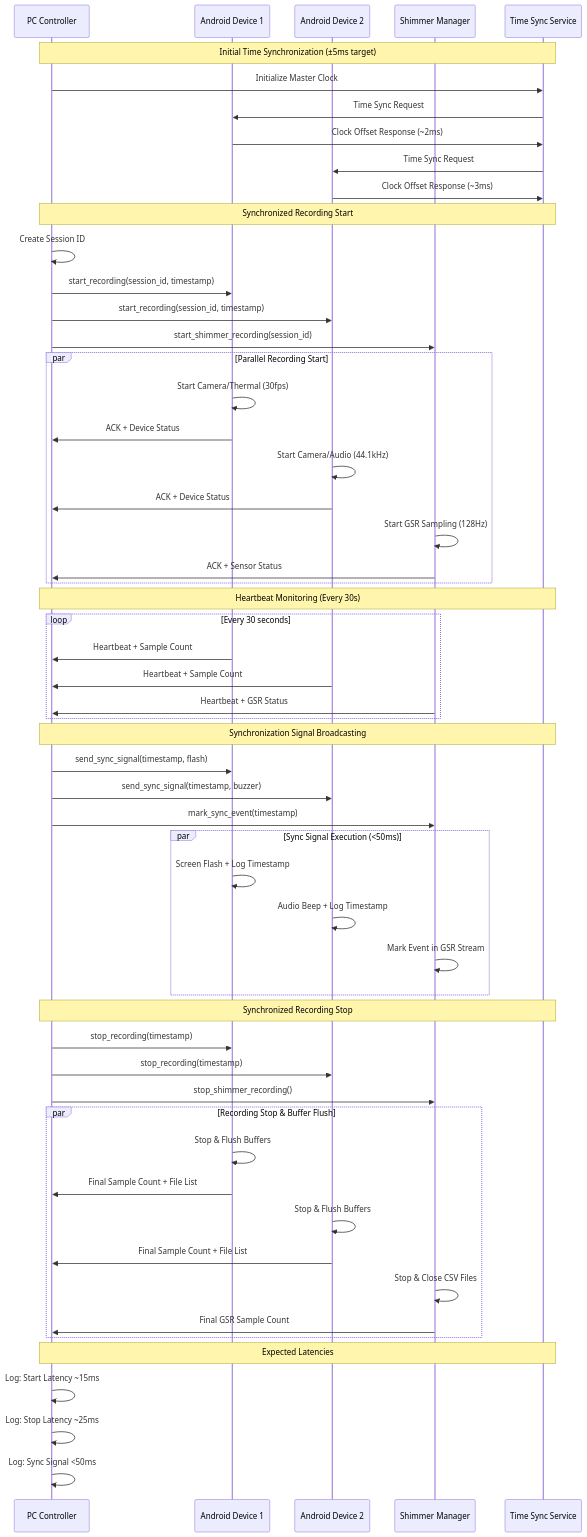
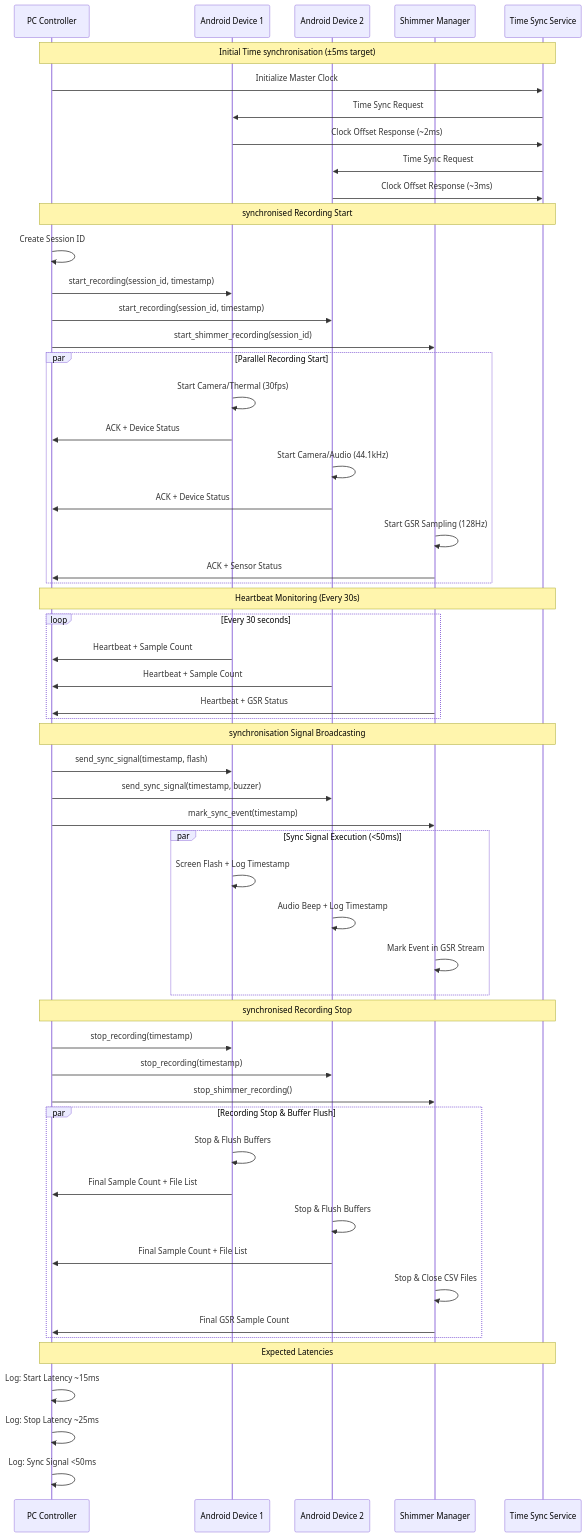
Before and after one commit to buccancs/fyp-multi-sensor-recording-system: the fourth of 19 diagrams in docs/diagrams/chapter3_diagrams.md, drawn with Mermaid. The commit also changed other lines of this file and 18 other files, not shown here.

````diff
--- a/docs/diagrams/chapter3_diagrams.md
+++ b/docs/diagrams/chapter3_diagrams.md
@@ -149,67 +149,67 @@
 ```mermaid
 sequenceDiagram
     participant PC as PC Controller
     participant A1 as Android Device 1
     participant A2 as Android Device 2
     participant SM as Shimmer Manager
     participant TS as Time Sync Service
 
-    Note over PC,TS: Initial Time Synchronization (±5ms target)
+    Note over PC,TS: Initial Time synchronisation (±5ms target)
     PC->>TS: Initialize Master Clock
     TS->>A1: Time Sync Request
     A1->>TS: Clock Offset Response (~2ms)
     TS->>A2: Time Sync Request  
     A2->>TS: Clock Offset Response (~3ms)
     
-    Note over PC,TS: Synchronized Recording Start
+    Note over PC,TS: synchronised Recording Start
     PC->>PC: Create Session ID
     PC->>A1: start_recording(session_id, timestamp)
     PC->>A2: start_recording(session_id, timestamp)
     PC->>SM: start_shimmer_recording(session_id)
     
     par Parallel Recording Start
         A1->>A1: Start Camera/Thermal (30fps)
         A1->>PC: ACK + Device Status
         A2->>A2: Start Camera/Audio (44.1kHz)
         A2->>PC: ACK + Device Status
         SM->>SM: Start GSR Sampling (128Hz)
         SM->>PC: ACK + Sensor Status
     end
     
     Note over PC,TS: Heartbeat Monitoring (Every 30s)
     loop Every 30 seconds
         A1->>PC: Heartbeat + Sample Count
         A2->>PC: Heartbeat + Sample Count
         SM->>PC: Heartbeat + GSR Status
     end
     
-    Note over PC,TS: Synchronization Signal Broadcasting
+    Note over PC,TS: synchronisation Signal Broadcasting
     PC->>A1: send_sync_signal(timestamp, flash)
     PC->>A2: send_sync_signal(timestamp, buzzer)
     PC->>SM: mark_sync_event(timestamp)
     
     par Sync Signal Execution (<50ms)
         A1->>A1: Screen Flash + Log Timestamp
         A2->>A2: Audio Beep + Log Timestamp  
         SM->>SM: Mark Event in GSR Stream
     end
     
-    Note over PC,TS: Synchronized Recording Stop
+    Note over PC,TS: synchronised Recording Stop
     PC->>A1: stop_recording(timestamp)
     PC->>A2: stop_recording(timestamp)
     PC->>SM: stop_shimmer_recording()
     
     par Recording Stop & Buffer Flush
         A1->>A1: Stop & Flush Buffers
         A1->>PC: Final Sample Count + File List
         A2->>A2: Stop & Flush Buffers
         A2->>PC: Final Sample Count + File List
         SM->>SM: Stop & Close CSV Files
         SM->>PC: Final GSR Sample Count
     end
     
     Note over PC,TS: Expected Latencies
     PC->>PC: Log: Start Latency ~15ms
     PC->>PC: Log: Stop Latency ~25ms
     PC->>PC: Log: Sync Signal <50ms
 ```
````
